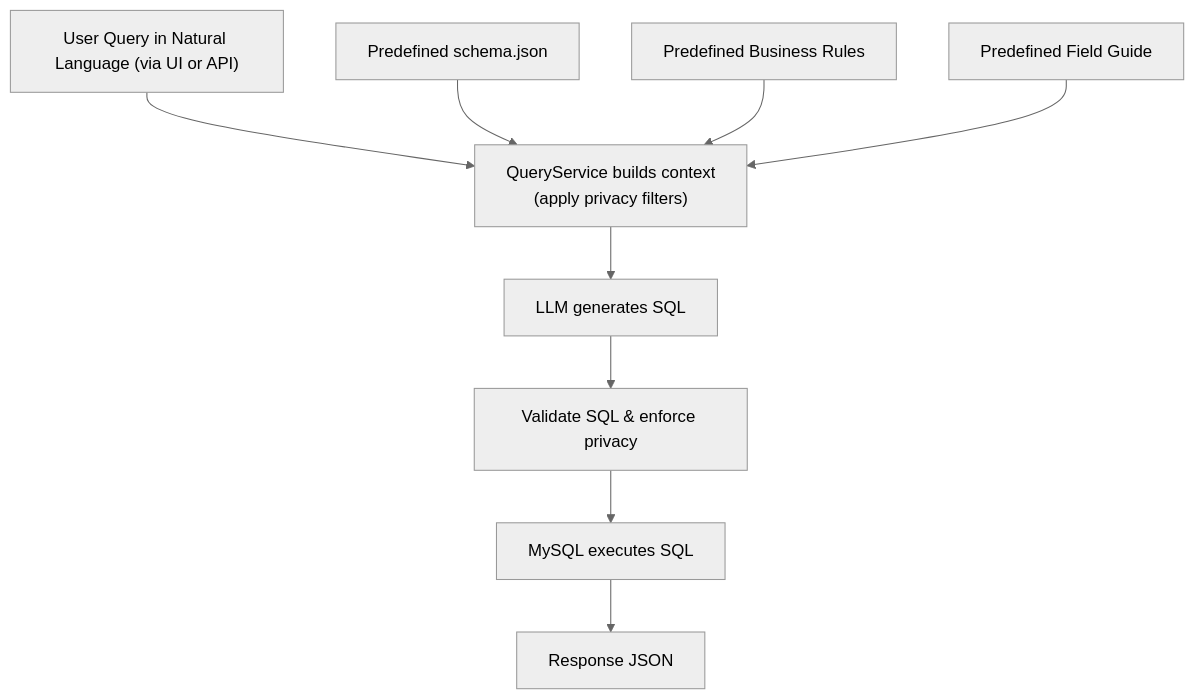
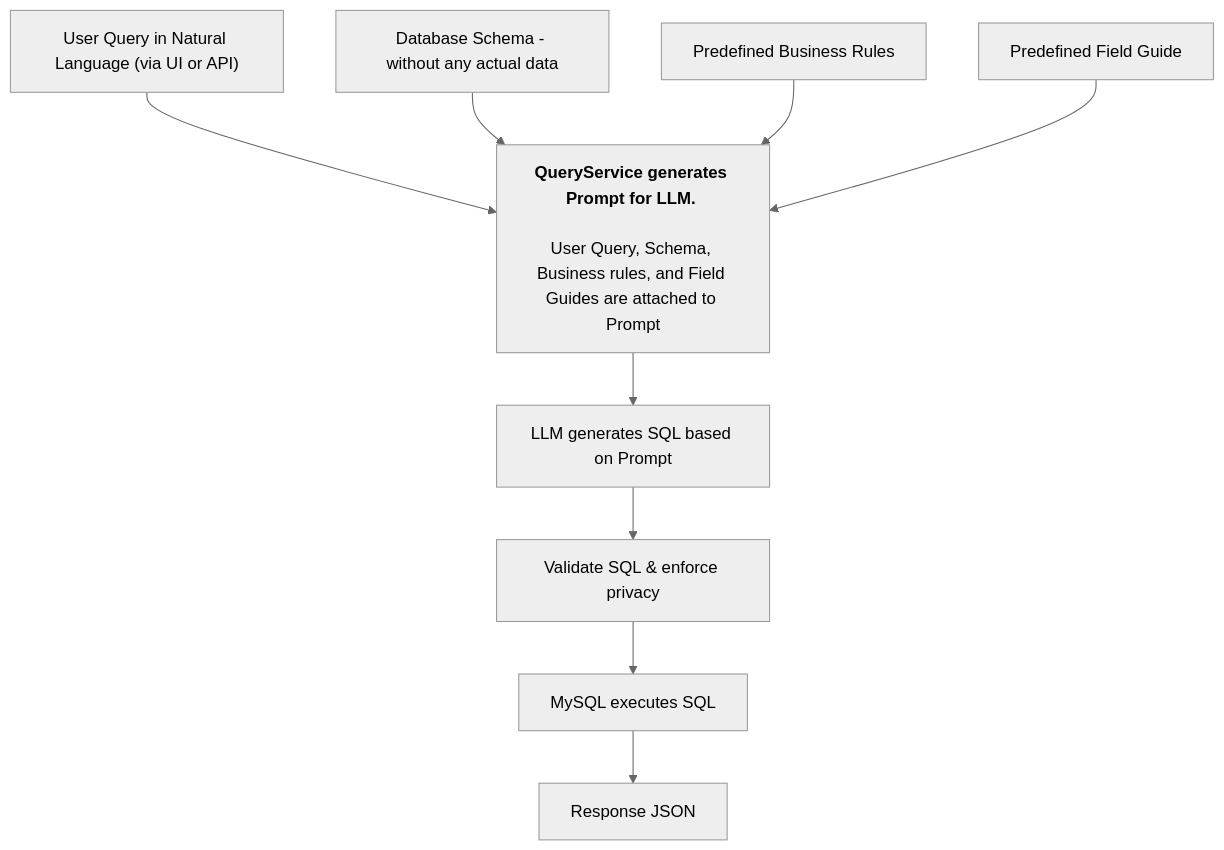
The diagram in README.md (deforay/intelis-insights), drawn with Mermaid (neutral theme) before and after one commit. The commit also changed 2 other files, not shown here.

Commit message:
Minor fixes and improvements

````diff
--- a/README.md
+++ b/README.md
@@ -76,11 +76,11 @@
 ```mermaid
 graph TD
-  U["User Query in Natural Language (via UI or API)"] --> QS["QueryService builds context<br/>(apply privacy filters)"]
-  SCH["Predefined schema.json"] --> QS
+  U["User Query in Natural Language (via UI or API)"] --> QS["<strong>QueryService generates Prompt for LLM.</strong> <br><br>User Query, Schema, Business rules, and Field Guides are attached to Prompt "]
+  SCH["Database Schema - without any actual data"] --> QS
   BR["Predefined Business Rules"] --> QS
   FG["Predefined Field Guide"] --> QS
-  QS --> LLM["LLM generates SQL"]
+  QS --> LLM["LLM generates SQL based on Prompt"]
   LLM --> VAL["Validate SQL & enforce privacy"]
   VAL --> DB["MySQL executes SQL"]
   DB --> RESP["Response JSON"]
 ```
````
